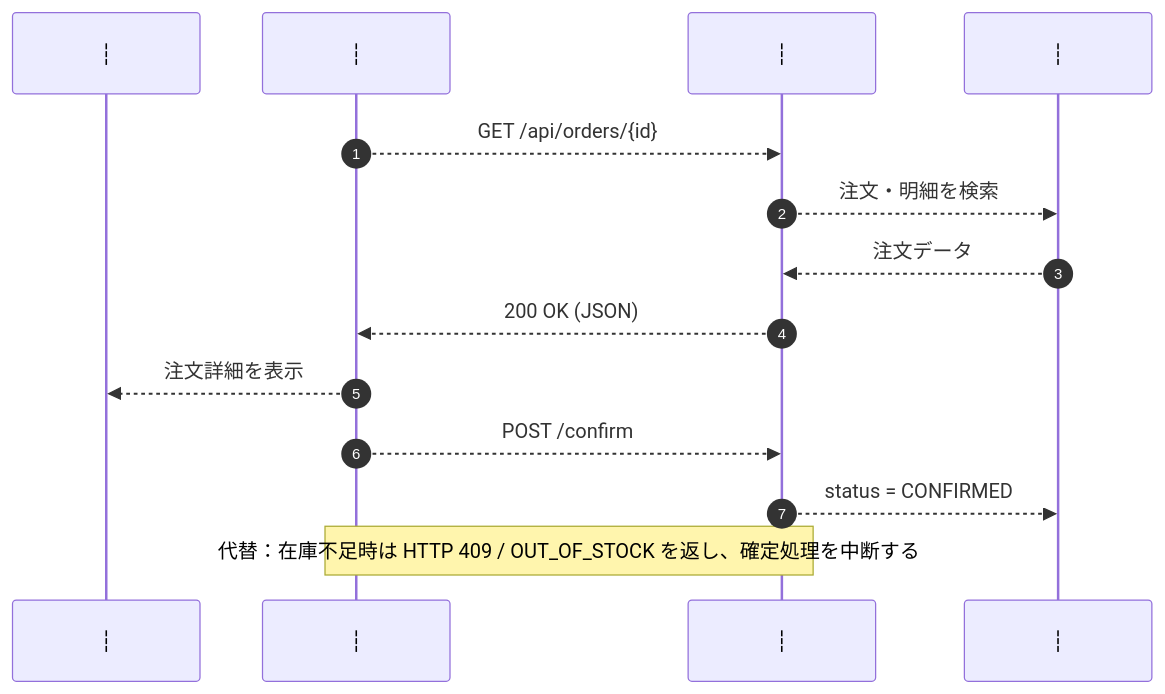
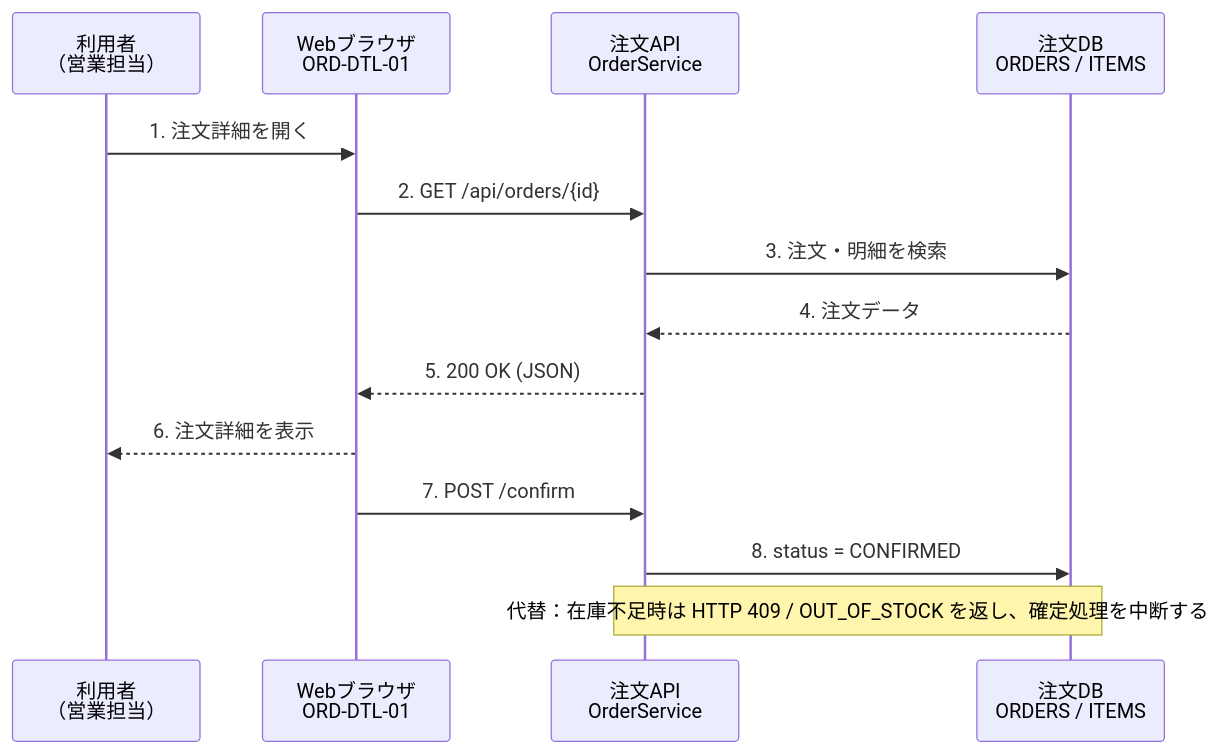
One commit to Takayuki-Ishimaru/docredock changed the first of 2 diagrams in outputs/japanese-system-design-ocr-check/support/previous-export-5/japanese-system-design-ocr-sample.md. Above: the diagram before and after it, drawn with Mermaid. The commit also changed other lines of this file and 389 other files, not shown here.

````diff
--- a/outputs/japanese-system-design-ocr-check/support/previous-export-5/japanese-system-design-ocr-sample.md
+++ b/outputs/japanese-system-design-ocr-check/support/previous-export-5/japanese-system-design-ocr-sample.md
@@ -38,16 +33,16 @@
 ```mermaid
 sequenceDiagram
-    autonumber
-    participant P1 as ┆
-    participant P2 as ┆
-    participant P3 as ┆
-    participant P4 as ┆
-    P2-->>P3: GET /api/orders/{id}
-    P3-->>P4: 注文・明細を検索
-    P4-->>P3: 注文データ
-    P3-->>P2: 200 OK (JSON)
-    P2-->>P1: 注文詳細を表示
-    P2-->>P3: POST /confirm
-    P3-->>P4: status = CONFIRMED
-    Note over P2,P3: 代替：在庫不足時は HTTP 409 / OUT_OF_STOCK を返し、確定処理を中断する
+    participant P1 as 利用者<br/>（営業担当）
+    participant P2 as Webブラウザ<br/>ORD-DTL-01
+    participant P3 as 注文API<br/>OrderService
+    participant P4 as 注文DB<br/>ORDERS / ITEMS
+    P1->>P2: 1. 注文詳細を開く
+    P2->>P3: 2. GET /api/orders/{id}
+    P3->>P4: 3. 注文・明細を検索
+    P4-->>P3: 4. 注文データ
+    P3-->>P2: 5. 200 OK (JSON)
+    P2-->>P1: 6. 注文詳細を表示
+    P2->>P3: 7. POST /confirm
+    P3->>P4: 8. status = CONFIRMED
+    Note over P3,P4: 代替：在庫不足時は HTTP 409 / OUT_OF_STOCK を返し、確定処理を中断する
 ```
````
